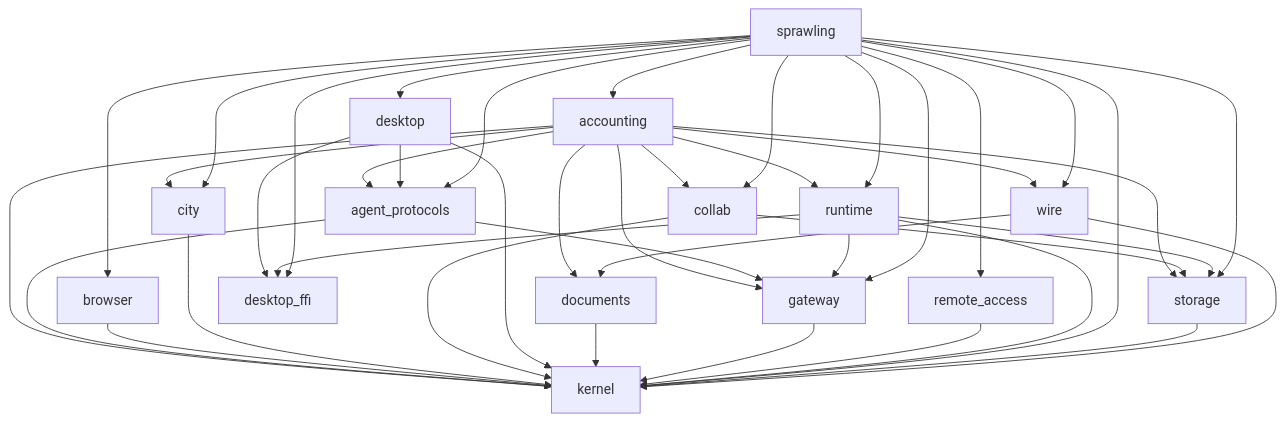
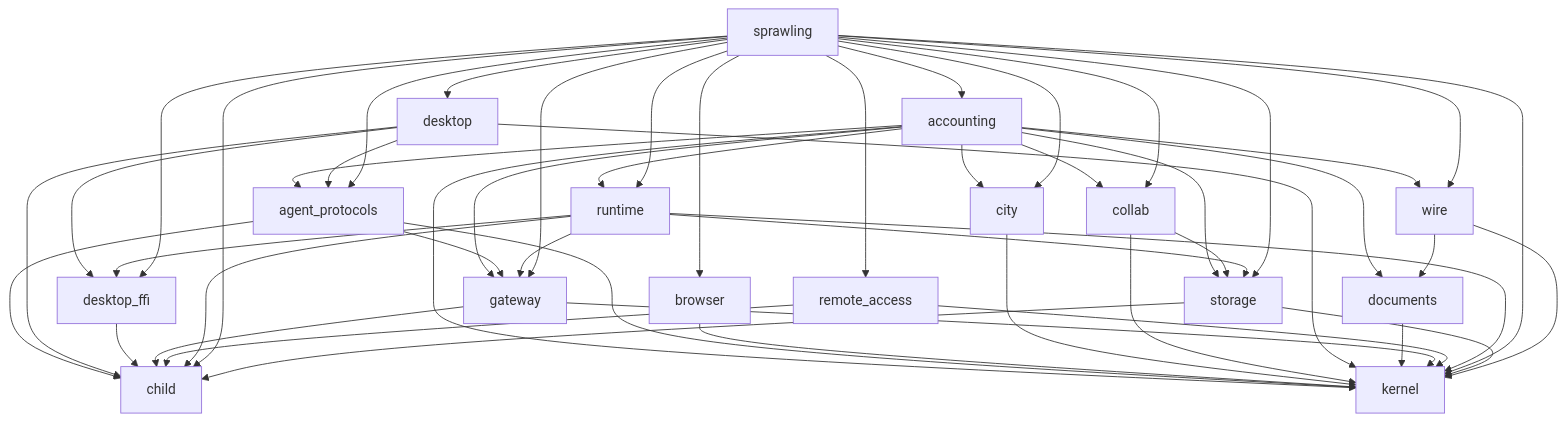
One commit to 2youg1/sprawling-agents changed the first of 8 diagrams in ARCHITECTURE.md. Above: the diagram before and after it, drawn with Mermaid. The commit also changed other lines of this file and 39 other files, not shown here.

````diff
--- a/ARCHITECTURE.md
+++ b/ARCHITECTURE.md
@@ -1138,46 +1138,54 @@
 ```mermaid
 flowchart TD
     accounting --> agent_protocols
     accounting --> city
     accounting --> collab
     accounting --> documents
     accounting --> gateway
     accounting --> kernel
     accounting --> runtime
     accounting --> storage
     accounting --> wire
+    agent_protocols --> child
     agent_protocols --> gateway
     agent_protocols --> kernel
     browser --> kernel
+    child
     city --> kernel
     collab --> kernel
     collab --> storage
     desktop --> agent_protocols
+    desktop --> child
     desktop --> desktop_ffi
     desktop --> kernel
-    desktop_ffi
+    desktop_ffi --> child
     documents --> kernel
+    gateway --> child
     gateway --> kernel
     kernel
+    remote_access --> child
     remote_access --> kernel
+    runtime --> child
     runtime --> desktop_ffi
     runtime --> gateway
     runtime --> kernel
     runtime --> storage
     sprawling --> accounting
     sprawling --> agent_protocols
     sprawling --> browser
+    sprawling --> child
     sprawling --> city
     sprawling --> collab
     sprawling --> desktop
     sprawling --> desktop_ffi
     sprawling --> gateway
     sprawling --> kernel
     sprawling --> remote_access
     sprawling --> runtime
     sprawling --> storage
     sprawling --> wire
+    storage --> child
     storage --> kernel
     wire --> documents
     wire --> kernel
 ```
````
